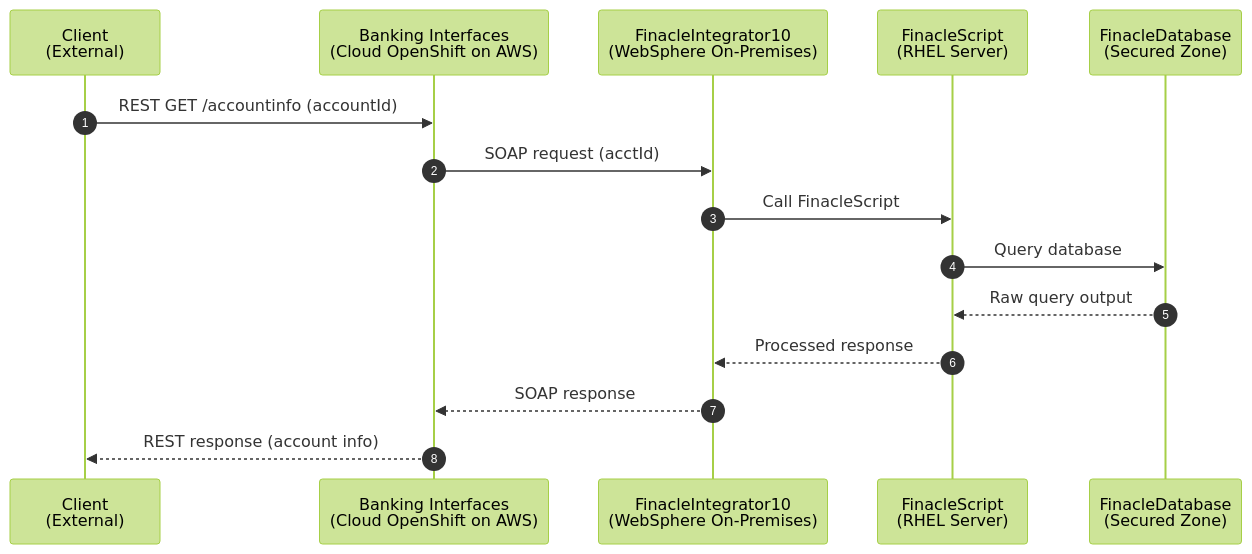
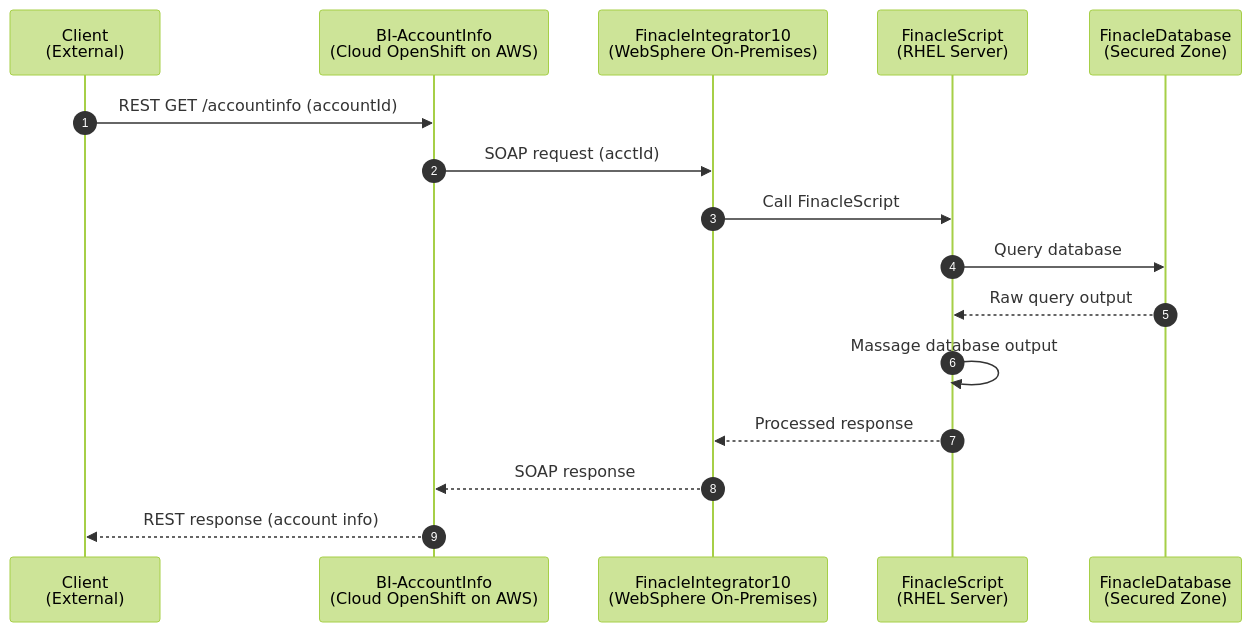
One commit to dharmana-prasanna/python-multiple-dbs changed the third of 3 diagrams in README.md. Above: the diagram before and after it, drawn with Mermaid (forest theme).

````diff
--- a/README.md
+++ b/README.md
@@ -310,18 +310,19 @@
 ```mermaid
 sequenceDiagram
     autonumber
     participant Client as Client<br/>(External)
-    participant BI as Banking Interfaces<br/>(Cloud OpenShift on AWS)
+    participant BI as BI-AccountInfo<br/>(Cloud OpenShift on AWS)
     participant FI10 as FinacleIntegrator10<br/>(WebSphere On-Premises)
     participant FS as FinacleScript<br/>(RHEL Server)
     participant FDB as FinacleDatabase<br/>(Secured Zone)
 
     Client->>BI: REST GET /accountinfo (accountId)   
     BI->>FI10: SOAP request (acctId)
     FI10->>FS: Call FinacleScript
     FS->>FDB: Query database
     FDB-->>FS: Raw query output
+    FS->>FS: Massage database output
     FS-->>FI10: Processed response
     FI10-->>BI: SOAP response
     BI-->>Client: REST response (account info)
 ```
````
